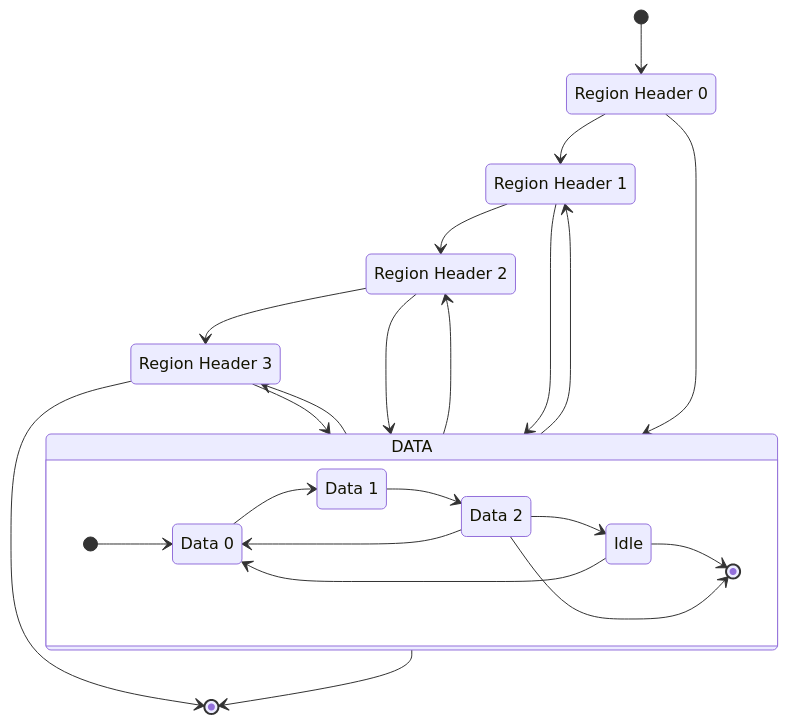
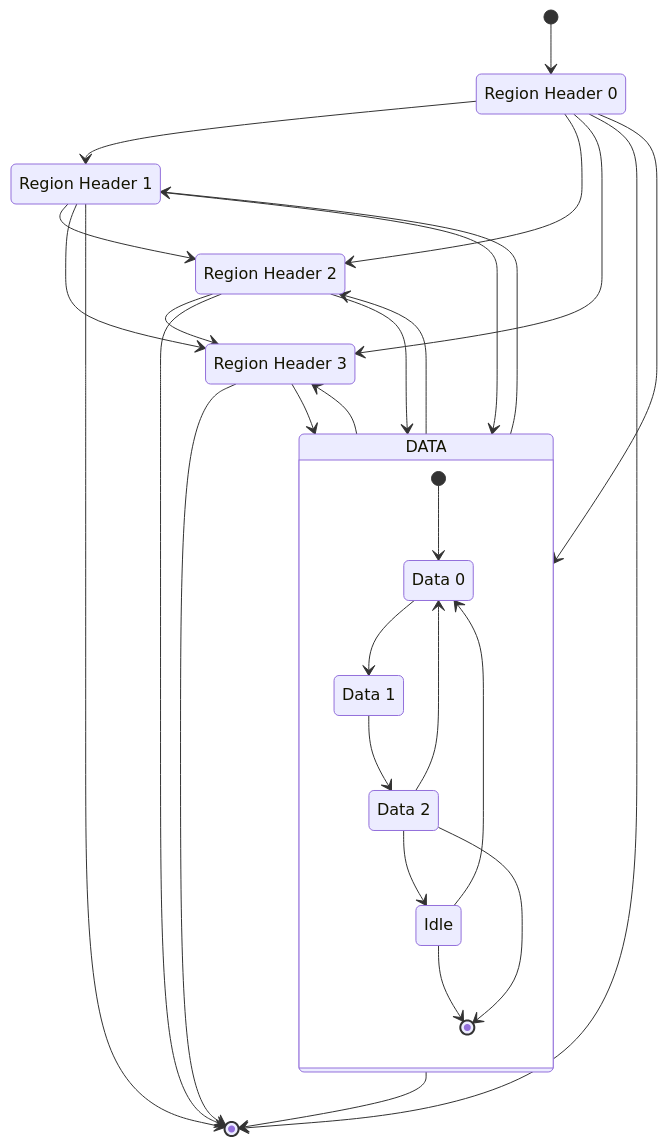
One commit to CramBL/moss_decoder changed the third of 3 diagrams in README.md. Above: the diagram before and after it, drawn with Mermaid. The commit also changed 1 other file, not shown here.

Commit message:
Allow 'missing' region headers in decode hit fsm

````diff
--- a/README.md
+++ b/README.md
@@ -148,41 +148,46 @@
 ```mermaid
 stateDiagram-v2
 
   region_header0 : Region Header 0
   region_header1 : Region Header 1
   region_header2 : Region Header 2
   region_header3 : Region Header 3
   data_0 : Data 0
   data_1 : Data 1
   data_2 : Data 2
   idle : Idle
 
   [*] --> region_header0
   region_header0 --> region_header1
+  region_header0 --> region_header2
+  region_header0 --> region_header3
   region_header0 --> DATA
+  region_header0 --> [*]
   DATA --> region_header1
   region_header1 --> region_header2
+  region_header1 --> region_header3
   region_header1 --> DATA
+  region_header1 --> [*]
   DATA --> region_header2
   region_header2 --> region_header3
   region_header2 --> DATA
+  region_header2 --> [*]
   DATA --> region_header3
   region_header3 --> DATA
   DATA --> [*]
   region_header3 --> [*]
 
 
     state DATA {
-      direction LR
       [*] --> data_0
       data_0 --> data_1
       data_1 --> data_2
       data_2 --> data_0
       data_2 --> idle
       idle --> [*]
       idle --> data_0
       data_2 --> [*]
 
     }
 
 ```
````
